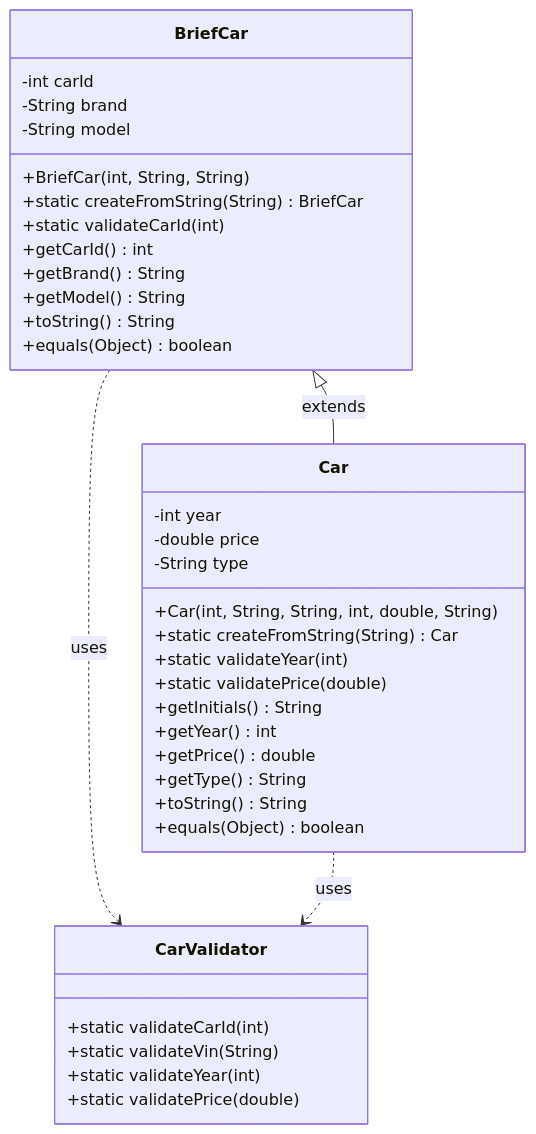
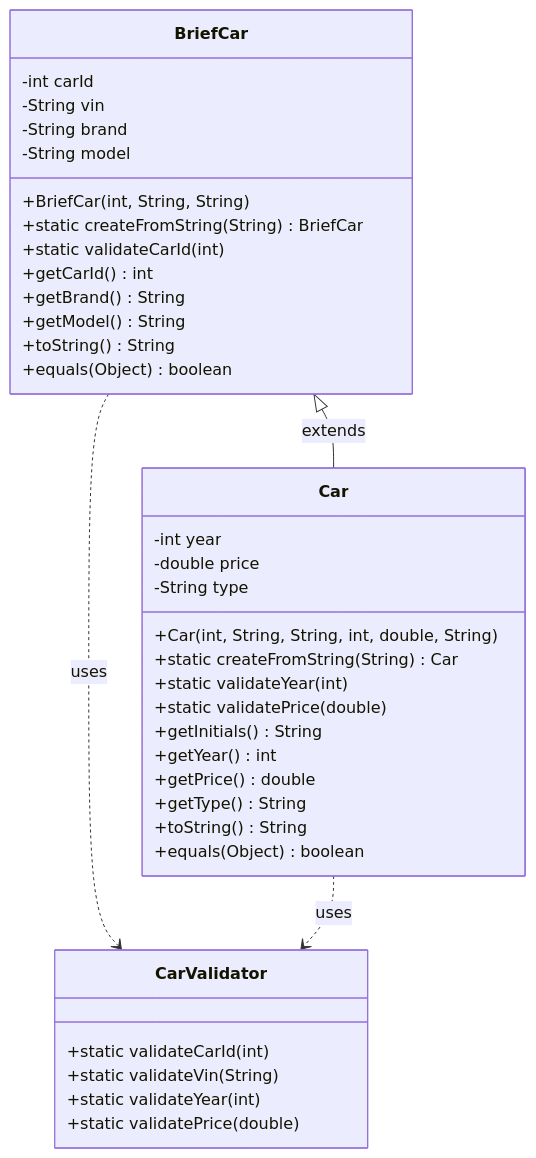
The second of 2 diagrams in README.md (VoGPro/OOP), drawn with Mermaid before and after one commit.

Commit message:
Added vin to BriefCar

````diff
--- a/README.md
+++ b/README.md
@@ -66,44 +66,45 @@
 ```mermaid
 classDiagram
 
     class BriefCar {
         -int carId
+        -String vin
         -String brand
         -String model
         +BriefCar(int, String, String)
         +static createFromString(String) BriefCar
         +static validateCarId(int)
         +getCarId() int
         +getBrand() String
         +getModel() String
         +toString() String
         +equals(Object) boolean
     }
 
     class Car {
         -int year
         -double price
         -String type
         +Car(int, String, String, int, double, String)
         +static createFromString(String) Car
         +static validateYear(int)
         +static validatePrice(double)
         +getInitials() String
         +getYear() int
         +getPrice() double
         +getType() String
         +toString() String
         +equals(Object) boolean
 }
 
     class CarValidator {
         +static validateCarId(int)
         +static validateVin(String)
         +static validateYear(int)
         +static validatePrice(double)
     }
 
     BriefCar <|-- Car : extends
     BriefCar ..> CarValidator : uses
     Car ..> CarValidator : uses
 ```
````
